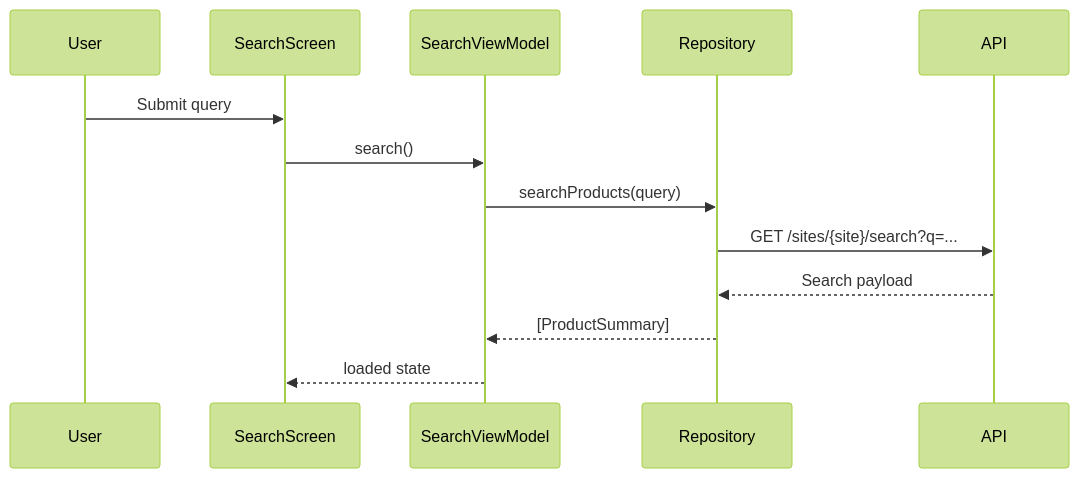
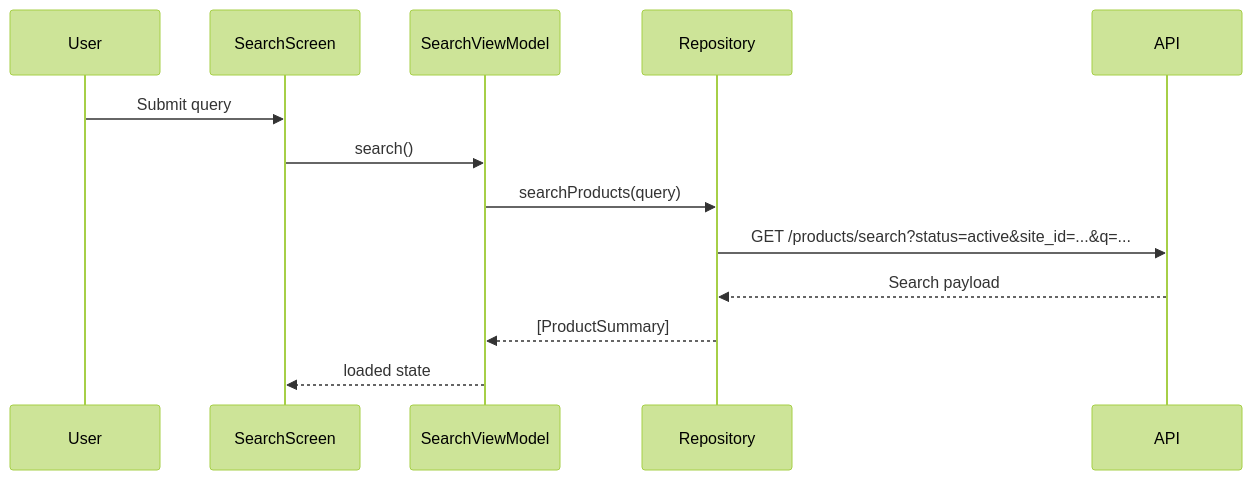
Before and after one commit to jdocampom/MercadoLibre-Search: the fifth of 5 diagrams in README.md, drawn with Mermaid (forest theme). The commit also changed other lines of this file and 9 other files, not shown here.

````diff
--- a/README.md
+++ b/README.md
@@ -229,16 +230,16 @@
 ```mermaid
 sequenceDiagram
     participant User
     participant SearchScreen
     participant SearchViewModel
     participant Repository
     participant API
 
     User->>SearchScreen: Submit query
     SearchScreen->>SearchViewModel: search()
     SearchViewModel->>Repository: searchProducts(query)
-    Repository->>API: GET /sites/{site}/search?q=...
+    Repository->>API: GET /products/search?status=active&site_id=...&q=...
     API-->>Repository: Search payload
     Repository-->>SearchViewModel: [ProductSummary]
     SearchViewModel-->>SearchScreen: loaded state
 ```
````
